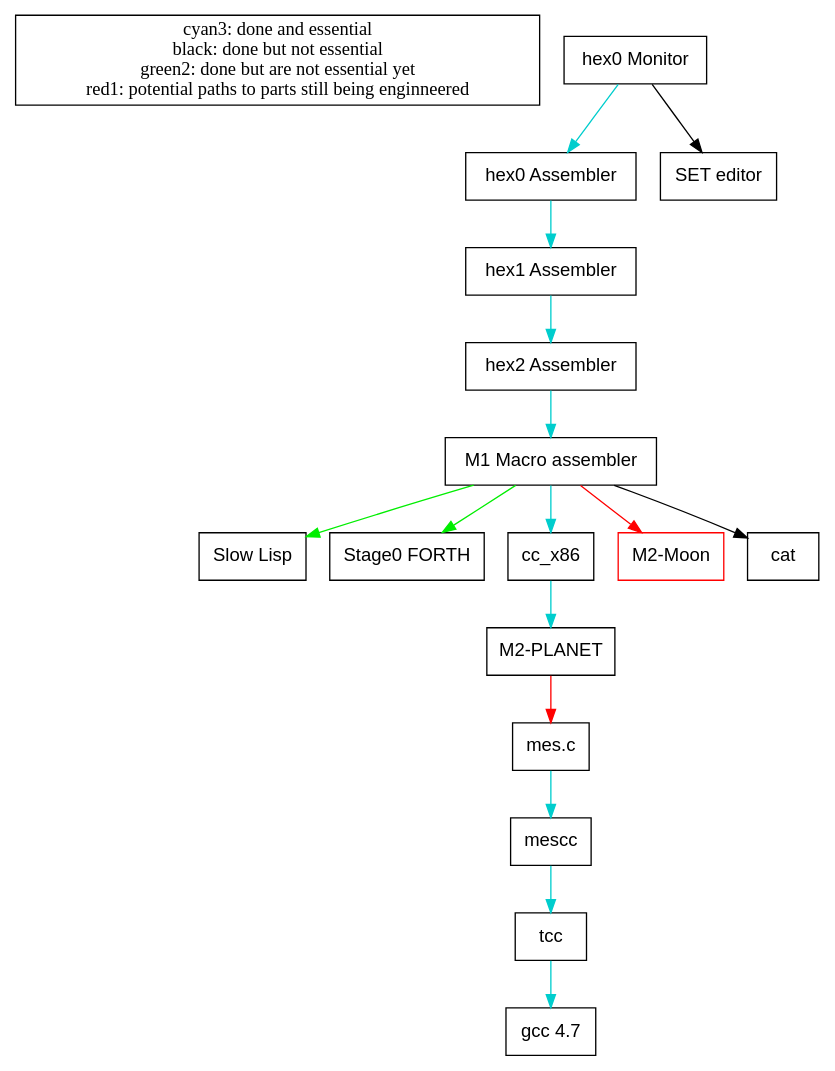
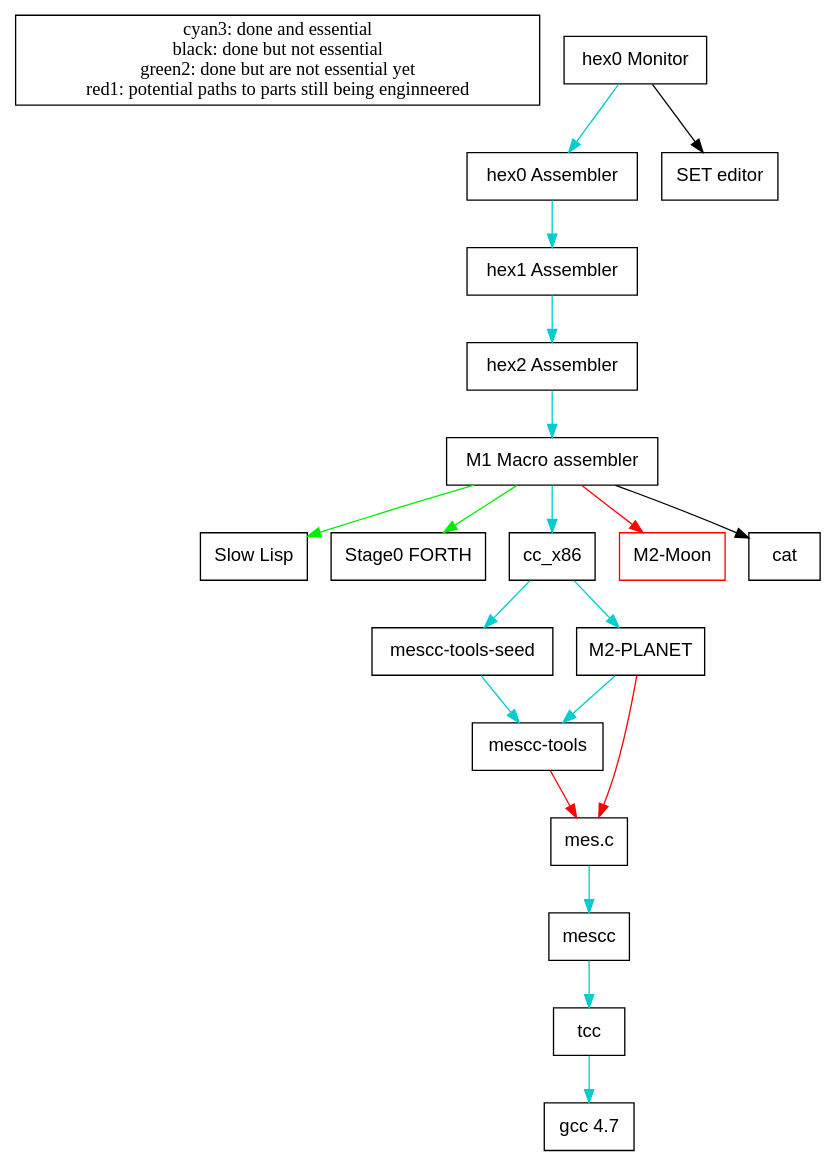
The diagram in Current bootstrap map.dot (oriansj/talk-notes), drawn with Graphviz before and after one commit.

Commit message:
Adding mescc-tools and mescc-tools-seed to the mix

```diff
--- a/Current bootstrap map.dot
+++ b/Current bootstrap map.dot
@@ -1,37 +1,43 @@
 digraph "Current bootstrap Map" {
 	"NULL"  [label = "cyan3: done and essential\nblack: done but not essential\ngreen2: done but are not essential yet\nred1: potential paths to parts still being enginneered", shape = box];
 
 	"hex0-monitor" [label = "hex0 Monitor", shape = box, fontname = Helvetica];
 	"hex0-assembler" [label = "hex0 Assembler", shape = box, fontname = Helvetica];
 	"hex1-assembler" [label = "hex1 Assembler", shape = box, fontname = Helvetica];
 	"hex2-assembler" [label = "hex2 Assembler", shape = box, fontname = Helvetica];
 	"M1-Macro" [label = "M1 Macro assembler", shape = box, fontname = Helvetica];
 	"Slow_Lisp" [label = "Slow Lisp", shape = box, fontname = Helvetica];
 	"Stage0-FORTH" [label = "Stage0 FORTH", shape = box, fontname = Helvetica];
 	"cc_x86" [label = "cc_x86", shape = box, fontname = Helvetica];
 	"M2-Planet" [label = "M2-PLANET", shape = box, fontname = Helvetica];
 	"M2-Moon" [label = "M2-Moon", color = red, shape = box, fontname = Helvetica];
+	"mescc-tools-seed" [label = "mescc-tools-seed", shape = box, fontname = Helvetica];
+	"mescc-tools" [label = "mescc-tools", shape = box, fontname = Helvetica];
 	"mes.c" [label = "mes.c", shape = box, fontname = Helvetica];
 	"mescc" [label = "mescc", shape = box, fontname = Helvetica];
 	"tcc" [label = "tcc", shape = box, fontname = Helvetica];
 	"gcc_4.7" [label = "gcc 4.7", shape = box, fontname = Helvetica];
 
 	"cat" [label = "cat", shape = box, fontname = Helvetica];
 	"SET" [label = "SET editor", shape = box, fontname = Helvetica];
 
 	"hex0-monitor" -> "SET" [color = black];
 	"hex0-monitor" -> "hex0-assembler" [color = cyan3];
 	"hex0-assembler" -> "hex1-assembler" [color = cyan3];
 	"hex1-assembler" -> "hex2-assembler" [color = cyan3];
 	"hex2-assembler" -> "M1-Macro" [color = cyan3];
 	"M1-Macro" -> "cat" [color = black];
 	"M1-Macro" -> "Slow_Lisp" [color = green2];
 	"M1-Macro" -> "Stage0-FORTH" [color = green2];
 	"M1-Macro" -> "cc_x86" [color = cyan3];
 	"cc_x86" -> "M2-Planet" [color = cyan3];
 	"M1-Macro" -> "M2-Moon" [color = red1];
 	"M2-Planet" -> "mes.c" [color = red1];
+	"cc_x86" -> "mescc-tools-seed" [color = cyan3];
+	"mescc-tools-seed" -> "mescc-tools" [color = cyan3];
+	"M2-Planet" -> "mescc-tools" [color = cyan3];
+	"mescc-tools" -> "mes.c" [color = red1];
 	"mes.c" -> "mescc" [color = cyan3];
 	"mescc" -> "tcc" [color = cyan3];
 	"tcc" -> "gcc_4.7" [color = cyan3];
 }
```
